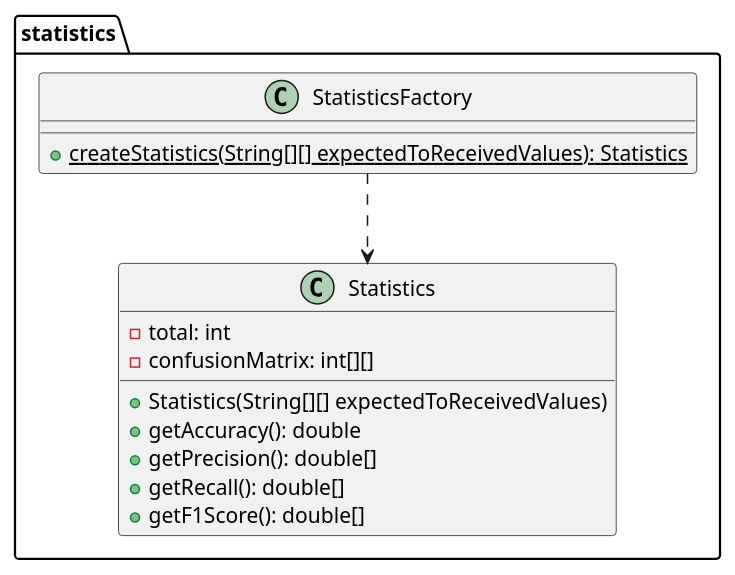
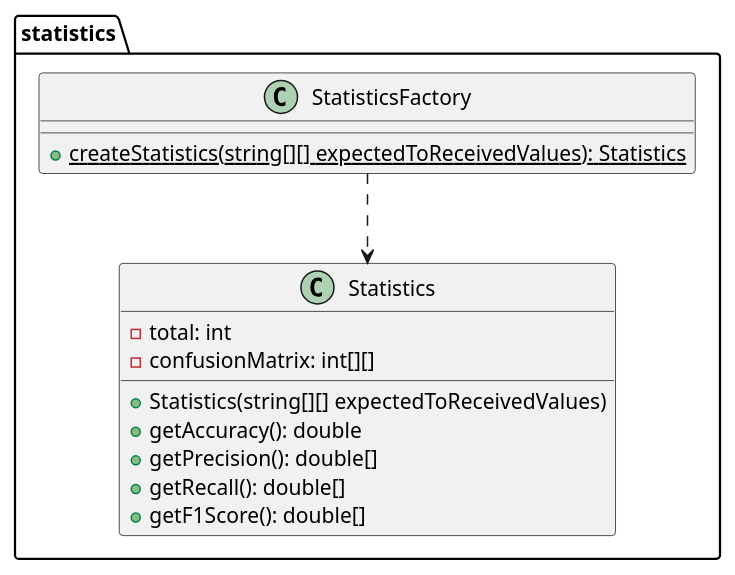
Before and after one commit to kambed/Computer-Recognition-Systems: the ninth of 10 diagrams in README.md, drawn with PlantUML. The commit also changed other lines of this file, not shown here.

````diff
--- a/README.md
+++ b/README.md
@@ -384,17 +384,17 @@
 ```plantuml
 package statistics {
     class Statistics {
         - total: int
         - confusionMatrix: int[][]
-        + Statistics(String[][] expectedToReceivedValues)
+        + Statistics(string[][] expectedToReceivedValues)
         + getAccuracy(): double
         + getPrecision(): double[]
         + getRecall(): double[]
         + getF1Score(): double[]
     }
     class StatisticsFactory {
-        + {static} createStatistics(String[][] expectedToReceivedValues): Statistics
+        + {static} createStatistics(string[][] expectedToReceivedValues): Statistics
     }
     StatisticsFactory ..> Statistics
 }
 ```
````
